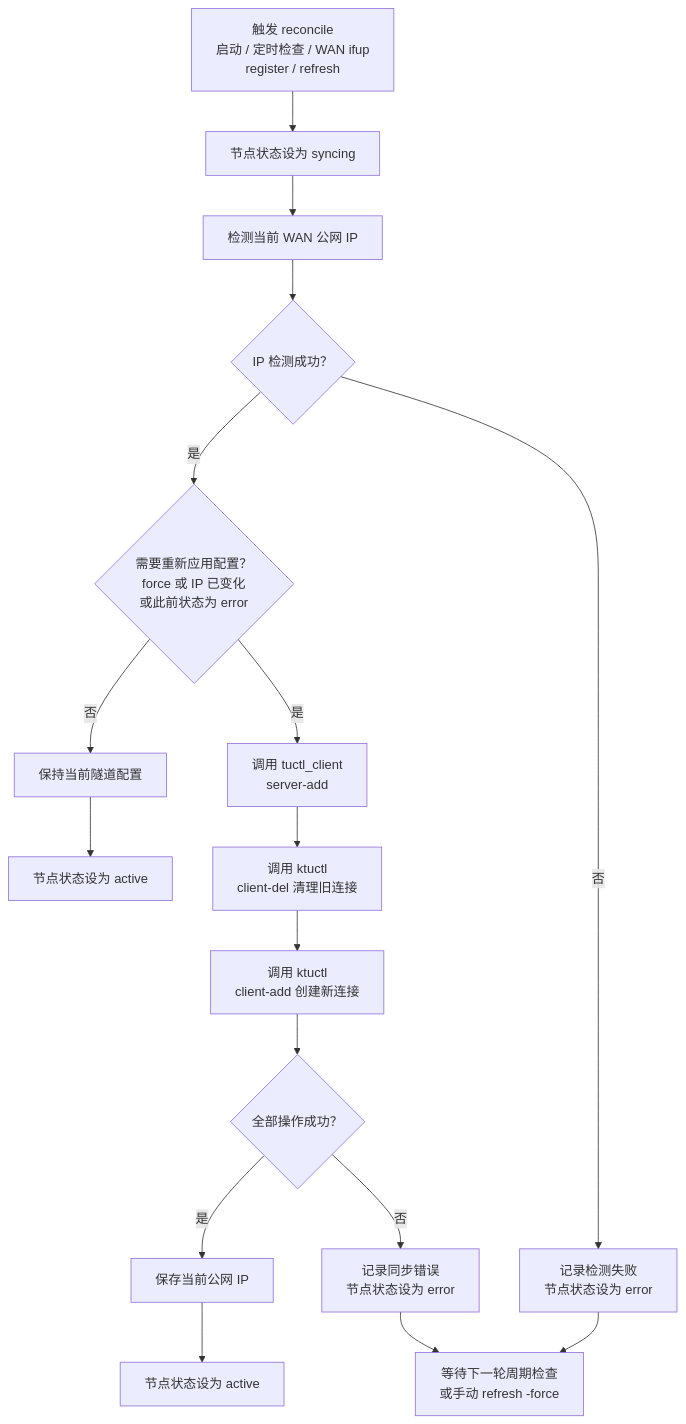
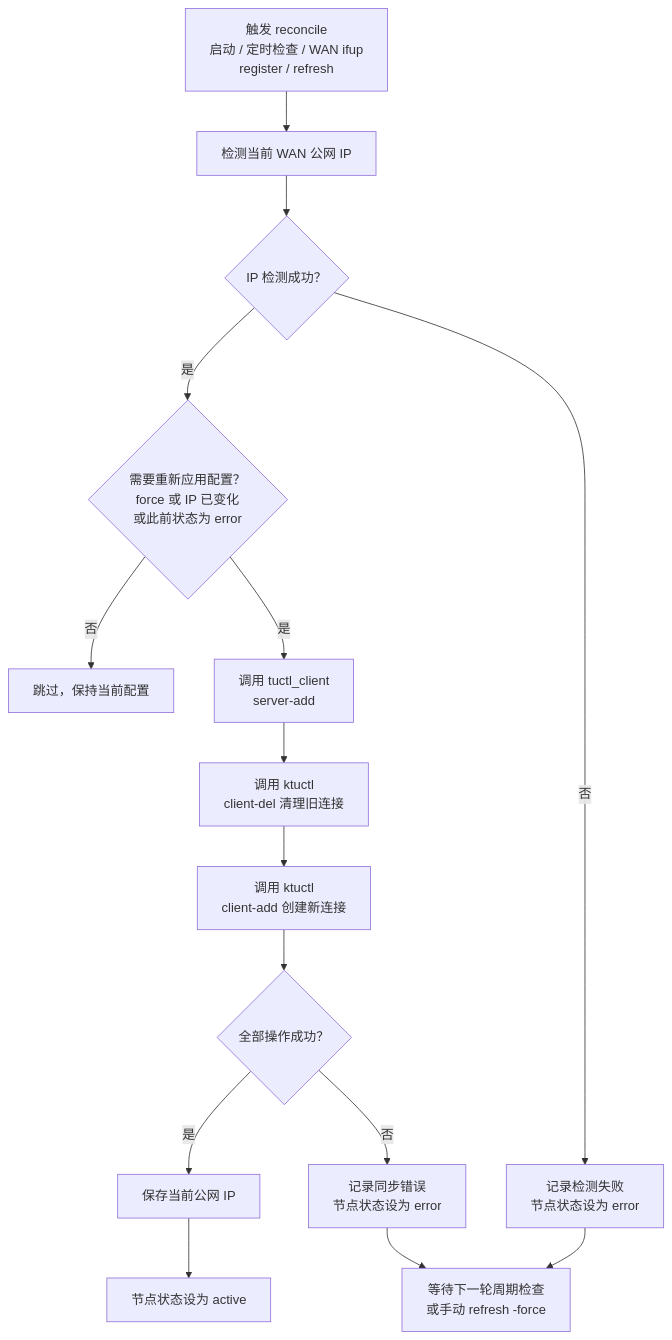
The second of 6 diagrams in README_zh-CN.md (hrimfaxi/tumgrd), drawn with Mermaid before and after one commit. The commit also changed other lines of this file and 3 other files, not shown here.

````diff
--- a/README_zh-CN.md
+++ b/README_zh-CN.md
@@ -91,28 +91,26 @@
 ```mermaid
 flowchart TD
-    START["触发 reconcile<br/>启动 / 定时检查 / WAN ifup<br/>register / refresh"] --> SYNC["节点状态设为 syncing"]
+    START["触发 reconcile<br/>启动 / 定时检查 / WAN ifup<br/>register / refresh"] --> CHECK["检测当前 WAN 公网 IP"]
 
-    SYNC --> CHECK["检测当前 WAN 公网 IP"]
     CHECK --> DETECT{"IP 检测成功？"}
 
     DETECT -- 否 --> ERROR1["记录检测失败<br/>节点状态设为 error"]
 
     DETECT -- 是 --> DECIDE{"需要重新应用配置？<br/>force 或 IP 已变化<br/>或此前状态为 error"}
 
-    DECIDE -- 否 --> KEEP["保持当前隧道配置"]
-    KEEP --> ACTIVE1["节点状态设为 active"]
+    DECIDE -- 否 --> SKIP["跳过，保持当前配置"]
 
     DECIDE -- 是 --> SERVER["调用 tuctl_client<br/>server-add"]
     SERVER --> LOCAL_DEL["调用 ktuctl<br/>client-del 清理旧连接"]
     LOCAL_DEL --> LOCAL_ADD["调用 ktuctl<br/>client-add 创建新连接"]
 
     LOCAL_ADD --> RESULT{"全部操作成功？"}
 
     RESULT -- 是 --> SAVE["保存当前公网 IP"]
-    SAVE --> ACTIVE2["节点状态设为 active"]
+    SAVE --> ACTIVE["节点状态设为 active"]
 
     RESULT -- 否 --> ERROR2["记录同步错误<br/>节点状态设为 error"]
 
     ERROR1 --> RETRY["等待下一轮周期检查<br/>或手动 refresh -force"]
     ERROR2 --> RETRY
 ```
````
